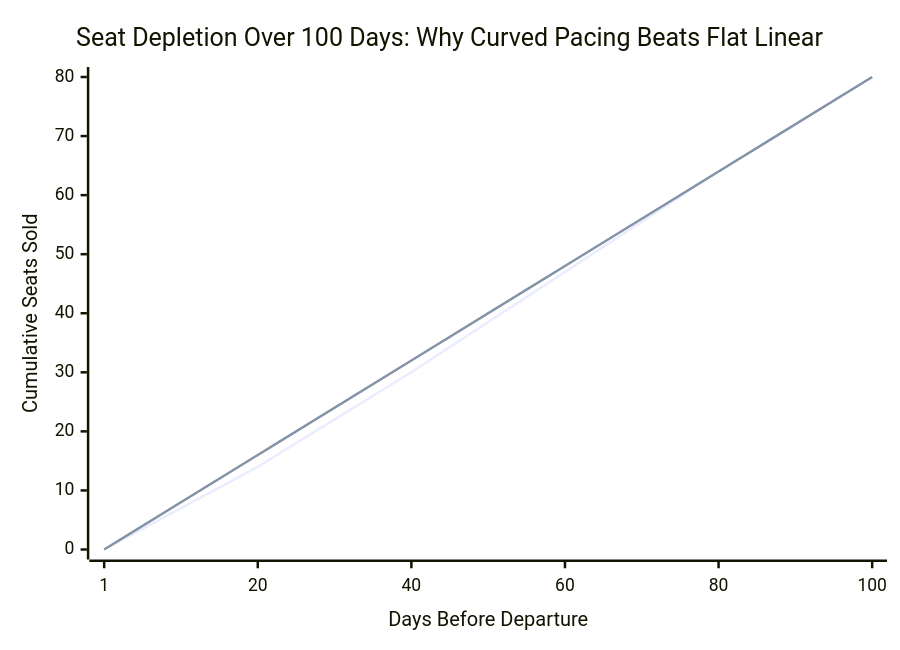
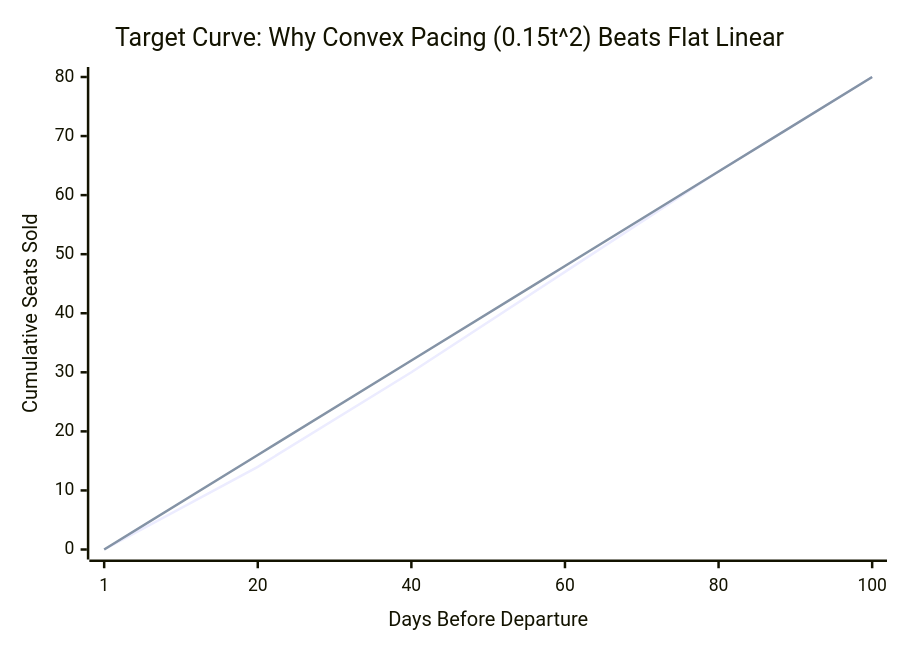
Before and after one commit to RamezCh/Learning-Optimization: the third of 4 diagrams in PRESENTATION.md, drawn with Mermaid. The commit also changed other lines of this file and 16 other files, not shown here.

````diff
--- a/PRESENTATION.md
+++ b/PRESENTATION.md
@@ -106,8 +112,8 @@
 ```mermaid
 xychart-beta
-    title "Seat Depletion Over 100 Days: Why Curved Pacing Beats Flat Linear"
+    title "Target Curve: Why Convex Pacing (0.15t^2) Beats Flat Linear"
     x-axis "Days Before Departure" [1, 20, 40, 60, 80, 100]
     y-axis "Cumulative Seats Sold" 0 --> 80
-    line "Smart Curved Target: 80 * (0.85t + 0.15t^2)" [0, 14, 30, 47, 64, 80]
+    line "Target Curve: 80 * (0.85t + 0.15t^2)" [0, 14, 30, 47, 64, 80]
     line "Naive Linear Pace: 0.80 seats/day" [0, 16, 32, 48, 64, 80]
 ```
````
